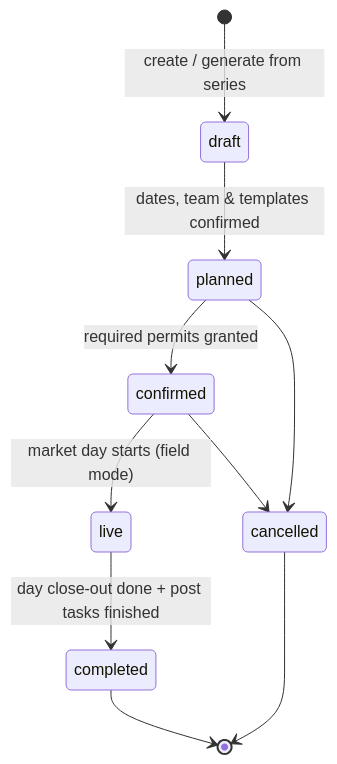
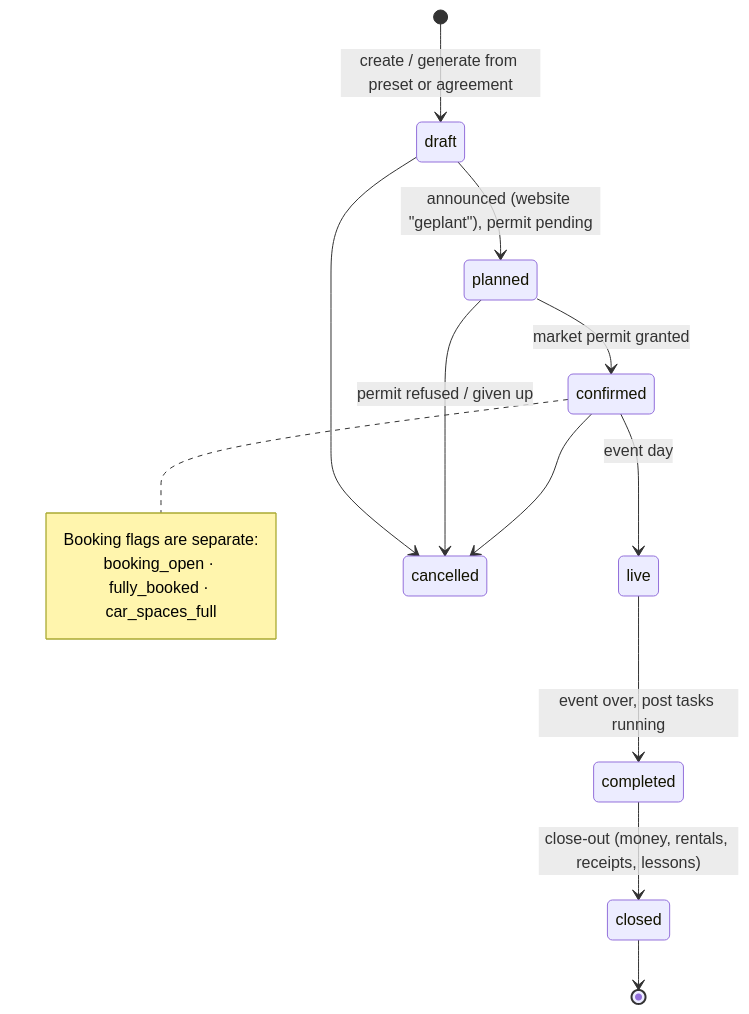
Before and after one commit to coelln-konzept/marktwerk: the first of 12 diagrams in docs/product/user-flows.md, drawn with Mermaid. The commit also changed other lines of this file and 36 other files, not shown here.

````diff
--- a/docs/product/user-flows.md
+++ b/docs/product/user-flows.md
@@ -8,12 +8,17 @@
 ```mermaid
 stateDiagram-v2
-    [*] --> draft: create / generate from series
-    draft --> planned: dates, team & templates confirmed
-    planned --> confirmed: required permits granted
-    confirmed --> live: market day starts (field mode)
-    live --> completed: day close-out done + post tasks finished
-    planned --> cancelled
+    [*] --> draft: create / generate from preset or agreement
+    draft --> planned: announced (website "geplant"), permit pending
+    planned --> confirmed: market permit granted
+    confirmed --> live: event day
+    live --> completed: event over, post tasks running
+    completed --> closed: close-out (money, rentals, receipts, lessons)
+    draft --> cancelled
+    planned --> cancelled: permit refused / given up
     confirmed --> cancelled
-    completed --> [*]
-    cancelled --> [*]
+    closed --> [*]
+    note right of confirmed
+      Booking flags are separate:
+      booking_open · fully_booked · car_spaces_full
+    end note
 ```
````
